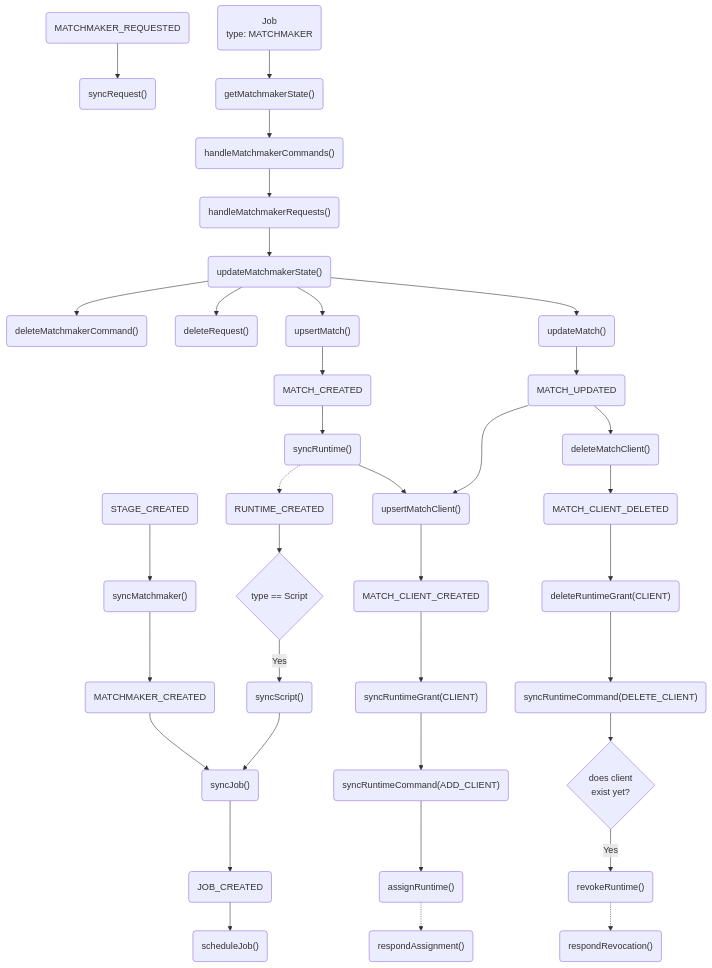
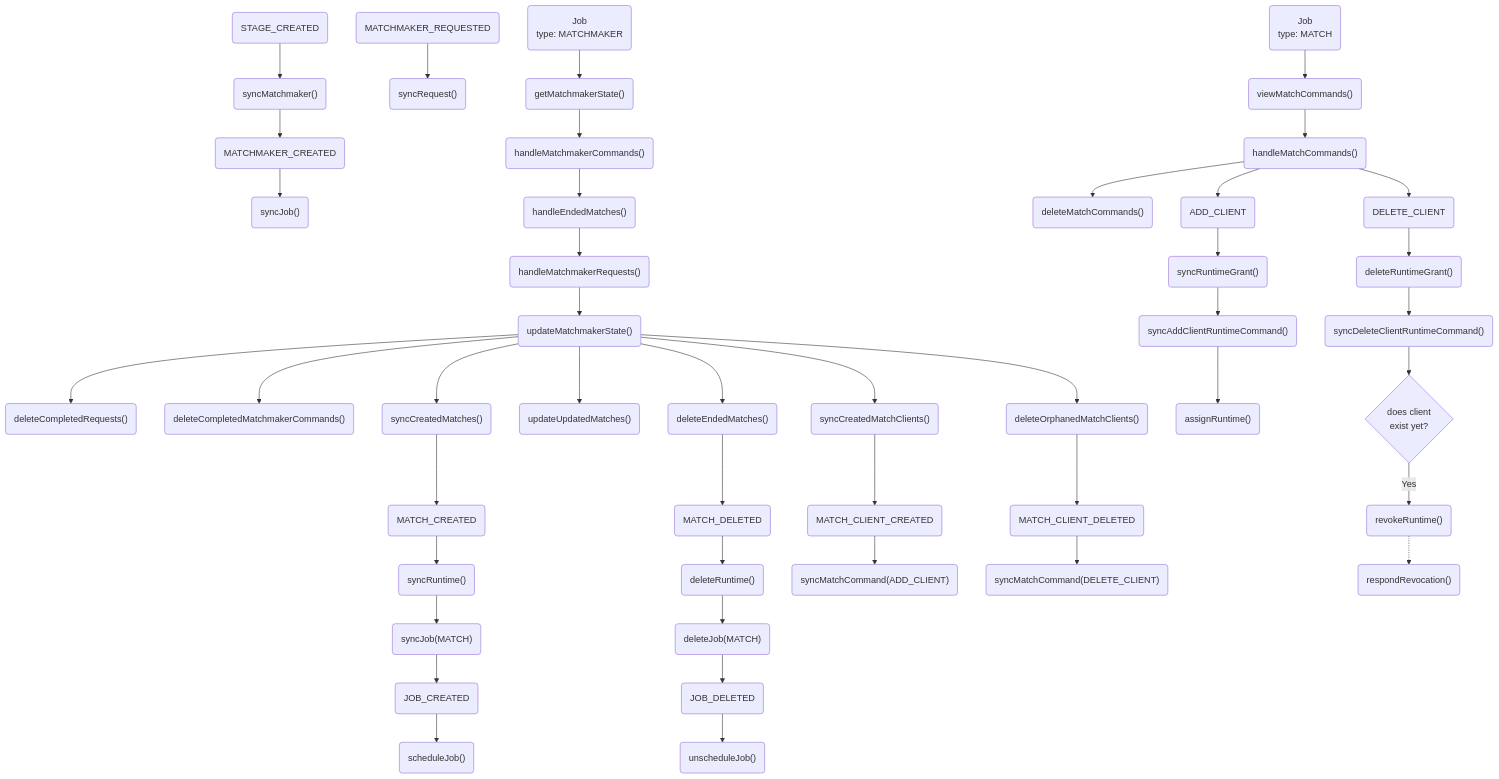
The diagram in omgservers-documentation/src/Matchmaking.md (OMGSERVERS/omgservers), drawn with Mermaid before and after one commit. The commit also changed 6 other files, not shown here.

````diff
--- a/omgservers-documentation/src/Matchmaking.md
+++ b/omgservers-documentation/src/Matchmaking.md
@@ -3,48 +3,61 @@
 ```mermaid
 graph TD;
 
 StageCreated(STAGE_CREATED) --> syncMatchmaker("syncMatchmaker()")
 syncMatchmaker("syncMatchmaker()") --> MatchmakerCreated(MATCHMAKER_CREATED)
 MatchmakerCreated(MATCHMAKER_CREATED) --> syncJob("syncJob()")
 
 MatchmakerRequested(MATCHMAKER_REQUESTED) --> syncRequest("syncRequest()")
 
 MatchmakerJob(Job<br/>type: MATCHMAKER) --> getMatchmakerState("getMatchmakerState()")
 getMatchmakerState("getMatchmakerState()") --> handleMatchmakerCommands("handleMatchmakerCommands()")
-handleMatchmakerCommands("handleMatchmakerCommands()") --> handleMatchmakerRequests("handleMatchmakerRequests()")
+handleMatchmakerCommands("handleMatchmakerCommands()") --> handleEndedMatches("handleEndedMatches()")
+handleEndedMatches("handleEndedMatches()") --> handleMatchmakerRequests("handleMatchmakerRequests()")
 handleMatchmakerRequests("handleMatchmakerRequests()") --> updateMatchmakerState("updateMatchmakerState()")
 
-updateMatchmakerState("updateMatchmakerState()") --> deleteMatchmakerCommand("deleteMatchmakerCommand()")
-updateMatchmakerState("updateMatchmakerState()") --> deleteRequest("deleteRequest()")
+updateMatchmakerState("updateMatchmakerState()") --> deleteCompletedRequests("deleteCompletedRequests()")
+updateMatchmakerState("updateMatchmakerState()") --> deleteCompletedMatchmakerCommands("deleteCompletedMatchmakerCommands()")
+updateMatchmakerState("updateMatchmakerState()") --> syncCreatedMatches("syncCreatedMatches()")
+updateMatchmakerState("updateMatchmakerState()") --> updateUpdatedMatches("updateUpdatedMatches()")
+updateMatchmakerState("updateMatchmakerState()") --> deleteEndedMatches("deleteEndedMatches()")
+updateMatchmakerState("updateMatchmakerState()") --> syncCreatedMatchClients("syncCreatedMatchClients()")
+updateMatchmakerState("updateMatchmakerState()") --> deleteOrphanedMatchClients("deleteOrphanedMatchClients()")
 
-updateMatchmakerState("updateMatchmakerState()") --> upsertMatch("upsertMatch()")
-upsertMatch("upsertMatch()") --> MatchCreated(MATCH_CREATED)
+syncCreatedMatches("syncCreatedMatches()") --> MatchCreated(MATCH_CREATED)
+deleteEndedMatches("deleteEndedMatches()") --> MatchDeleted(MATCH_DELETED)
+syncCreatedMatchClients("syncCreatedMatchClients()") --> MatchClientCreated(MATCH_CLIENT_CREATED)
+deleteOrphanedMatchClients("deleteOrphanedMatchClients()") --> MatchClientDeleted(MATCH_CLIENT_DELETED)
+
 MatchCreated(MATCH_CREATED) --> syncRuntime("syncRuntime()")
-syncRuntime("syncRuntime()") -.-> RuntimeCreated(RUNTIME_CREATED)
-syncRuntime("syncRuntime()") --> upsertMatchClient("upsertMatchClient()")
-upsertMatchClient("upsertMatchClient()") --> MatchClientCreated(MATCH_CLIENT_CREATED)
-MatchClientCreated(MATCH_CLIENT_CREATED) --> syncRuntimeGrant("syncRuntimeGrant(CLIENT)")
-syncRuntimeGrant("syncRuntimeGrant(CLIENT)") --> syncAddClientRuntimeCommand("syncRuntimeCommand(ADD_CLIENT)")
-syncAddClientRuntimeCommand("syncRuntimeCommand(ADD_CLIENT)") --> assignRuntime("assignRuntime()")
-assignRuntime("assignRuntime()") -.-> respondAssignment("respondAssignment()")
-respondAssignment("respondAssignment()")
+syncRuntime("syncRuntime()") --> syncMatchJob("syncJob(MATCH)")
+syncMatchJob("syncJob(MATCH)") --> JobCreated(JOB_CREATED)
 
-RuntimeCreated(RUNTIME_CREATED) --> checkRuntimeType{"type == Script"}
-checkRuntimeType{"type == Script"} -- Yes --> syncScript("syncScript()")
-syncScript("syncScript()") --> syncJob("syncJob()")
+MatchDeleted(MATCH_DELETED) --> deleteRuntime("deleteRuntime()")
+deleteRuntime("deleteRuntime()") --> deleteMatchJob("deleteJob(MATCH)")
+deleteMatchJob("deleteJob(MATCH)") --> JobDeleted(JOB_DELETED)
 
-updateMatchmakerState("updateMatchmakerState()") --> updateMatch("updateMatch()")
-updateMatch("updateMatch()") --> MatchUpdated(MATCH_UPDATED)
-MatchUpdated(MATCH_UPDATED) --> upsertMatchClient("upsertMatchClient()")
-MatchUpdated(MATCH_UPDATED) --> deleteMatchClient("deleteMatchClient()")
-deleteMatchClient("deleteMatchClient()") --> MatchClientDeleted(MATCH_CLIENT_DELETED)
-MatchClientDeleted(MATCH_CLIENT_DELETED) --> deleteRuntimeGrant("deleteRuntimeGrant(CLIENT)")
-deleteRuntimeGrant("deleteRuntimeGrant(CLIENT)") --> syncDeleteClientRuntimeCommand("syncRuntimeCommand(DELETE_CLIENT)")
-syncDeleteClientRuntimeCommand("syncRuntimeCommand(DELETE_CLIENT)") --> checkClient{"does client</br>exist yet?"}
+MatchClientCreated(MATCH_CLIENT_CREATED) --> syncAddClientMatchCommand("syncMatchCommand(ADD_CLIENT)")
+MatchClientDeleted(MATCH_CLIENT_DELETED) --> syncDeleteClientMatchCommand("syncMatchCommand(DELETE_CLIENT)")
+
+JobCreated(JOB_CREATED) --> scheduleJob("scheduleJob()")
+JobDeleted(JOB_DELETED) --> unscheduleJob("unscheduleJob()")
+
+
+MatchJob(Job<br/>type: MATCH) --> viewMatchCommands("viewMatchCommands()")
+viewMatchCommands("viewMatchCommands()") --> handleMatchCommands("handleMatchCommands()")
+handleMatchCommands("handleMatchCommands()") --> deleteMatchCommands("deleteMatchCommands()")
+
+handleMatchCommands("handleMatchCommands()") --> addClientCommand("ADD_CLIENT")
+handleMatchCommands("handleMatchCommands()") --> deleteClientCommand("DELETE_CLIENT")
+
+addClientCommand("ADD_CLIENT") --> syncRuntimeGrant("syncRuntimeGrant()")
+syncRuntimeGrant("syncRuntimeGrant()") --> syncAddClientRuntimeCommand("syncAddClientRuntimeCommand()")
+syncAddClientRuntimeCommand("syncAddClientRuntimeCommand()") --> assignRuntime("assignRuntime()")
+
+deleteClientCommand("DELETE_CLIENT") --> deleteRuntimeGrant("deleteRuntimeGrant()")
+deleteRuntimeGrant("deleteRuntimeGrant()") --> syncDeleteClientRuntimeCommand("syncDeleteClientRuntimeCommand()")
+syncDeleteClientRuntimeCommand("syncDeleteClientRuntimeCommand()") --> checkClient{"does client</br>exist yet?"}
 checkClient{"does client</br>exist yet?"} -- Yes --> revokeRuntime("revokeRuntime()")
 revokeRuntime("revokeRuntime()") -.-> respondRevocation("respondRevocation()")
 
-syncJob("syncJob()") --> JobCreated(JOB_CREATED)
-JobCreated(JOB_CREATED) --> scheduleJob("scheduleJob()")
-
 ```
````
